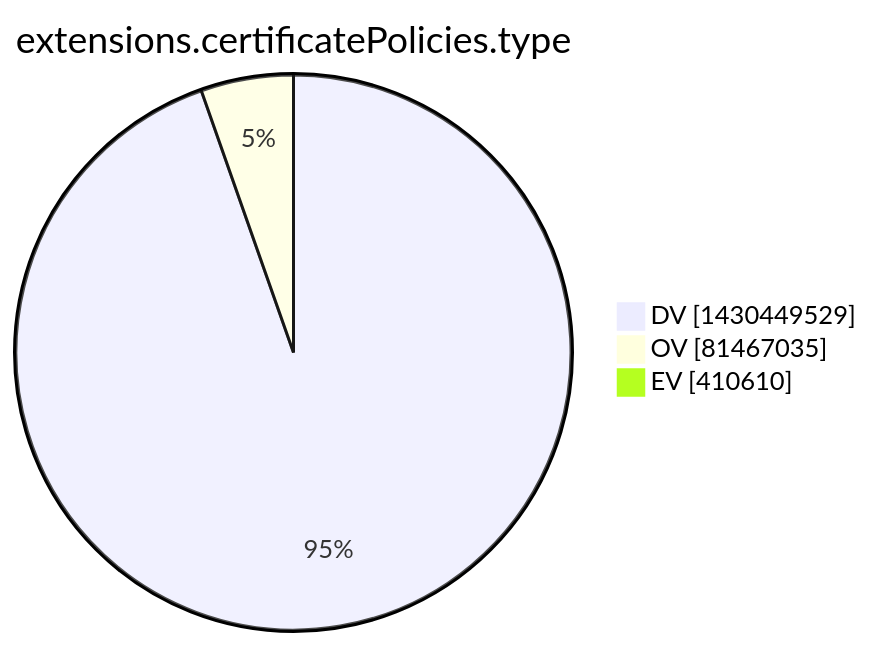
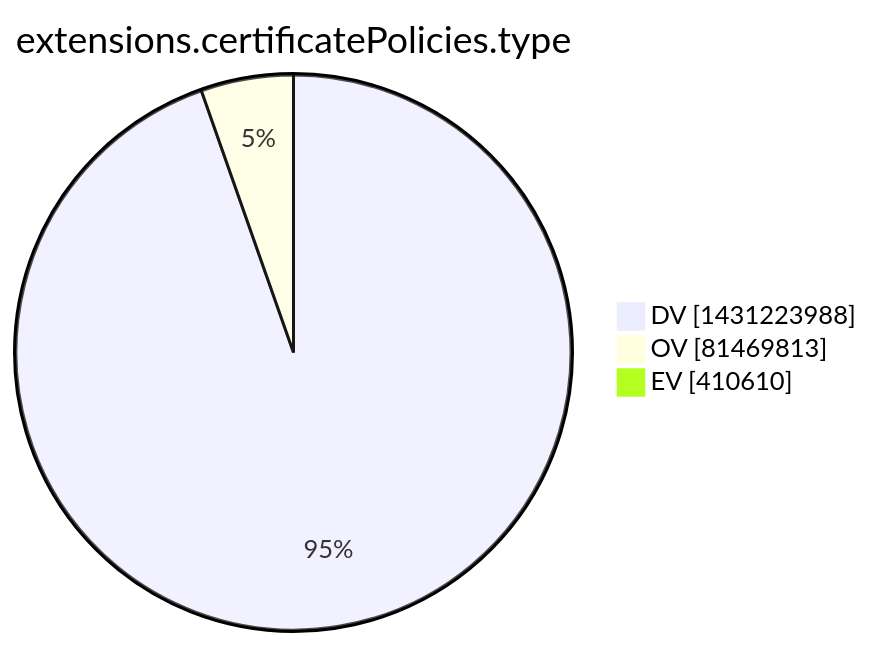
One commit to christiankrug/ctmonitor_visualization changed the tenth of 15 diagrams in xenon2022/README.md. Above: the diagram before and after it, drawn with Mermaid. The commit also changed other lines of this file, not shown here.

````diff
--- a/xenon2022/README.md
+++ b/xenon2022/README.md
@@ -2867,7 +2867,7 @@
 ```mermaid
 pie showData
 title extensions.certificatePolicies.type
-"DV" :1430449529
-"OV" :81467035
+"DV" :1431223988
+"OV" :81469813
 "EV" :410610
 ```
````
